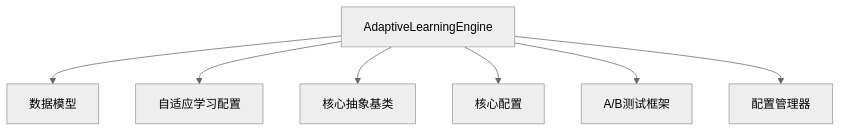
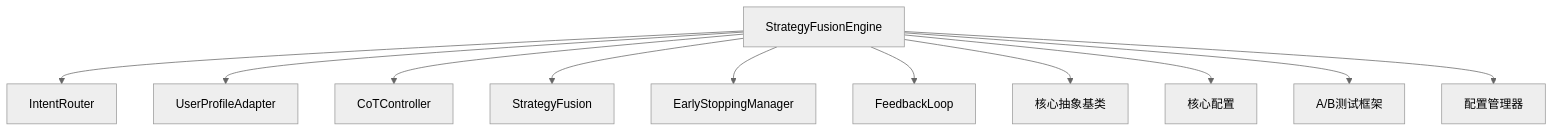
Before and after one commit to JieGaoPrinceton/NecoRAG: diagram 11 of 11 in .qoder/repowiki/zh/content/自适应学习系统/自适应学习系统.md, drawn with Mermaid (neutral theme). The commit also changed other lines of this file and 82 other files, not shown here.

````diff
--- a/.qoder/repowiki/zh/content/自适应学习系统/自适应学习系统.md
+++ b/.qoder/repowiki/zh/content/自适应学习系统/自适应学习系统.md
@@ -326,9 +360,13 @@
 ```mermaid
 graph TB
-Engine["AdaptiveLearningEngine"] --> Models["数据模型"]
-Engine --> Config["自适应学习配置"]
+Engine["StrategyFusionEngine"] --> IR["IntentRouter"]
+Engine --> UPA["UserProfileAdapter"]
+Engine --> COT["CoTController"]
+Engine --> SF["StrategyFusion"]
+Engine --> ES["EarlyStoppingManager"]
+Engine --> FL["FeedbackLoop"]
 Engine --> CoreBase["核心抽象基类"]
 Engine --> CoreCfg["核心配置"]
 Engine --> ABTest["A/B测试框架"]
 Engine --> CfgMgr["配置管理器"]
 ```
````
